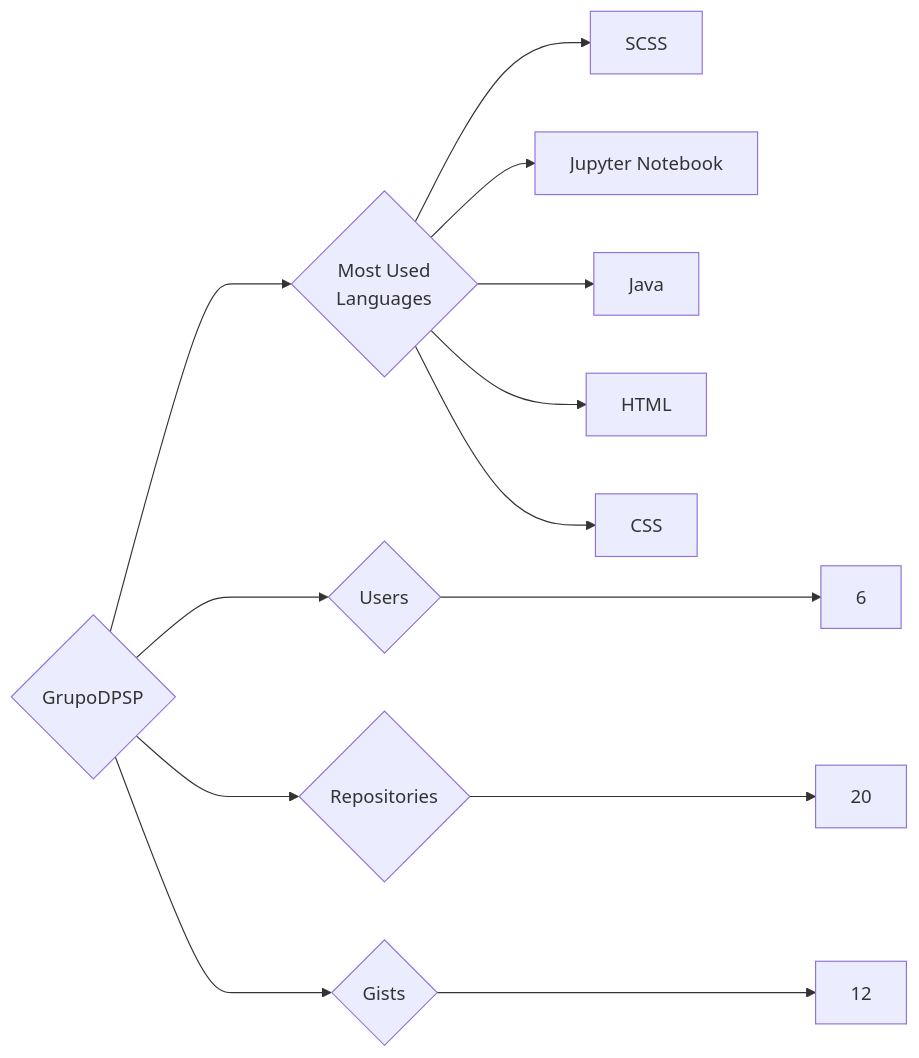
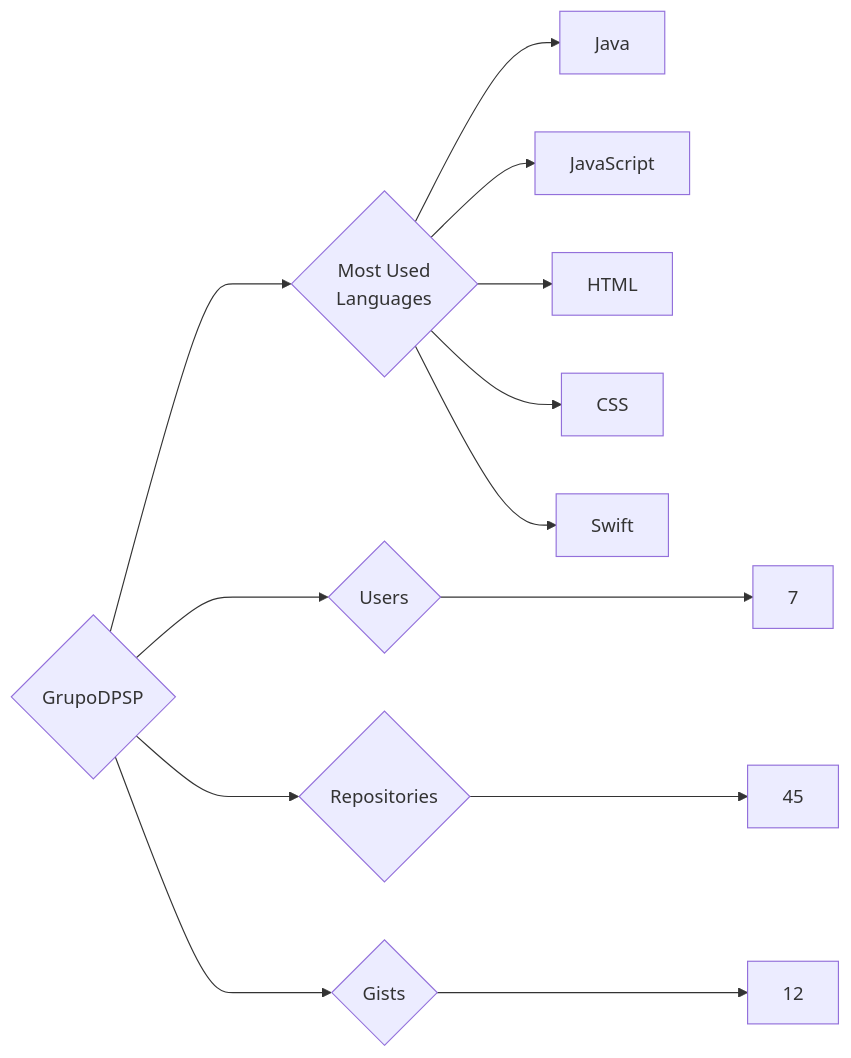
The diagram in targets/GrupoDPSP/README.md (trickest/insiders), drawn with Mermaid before and after one commit. The commit also changed 724 other files, not shown here.

````diff
--- a/targets/GrupoDPSP/README.md
+++ b/targets/GrupoDPSP/README.md
@@ -3,13 +3,13 @@
 ```mermaid
 graph LR
 COMPANY_NAME{GrupoDPSP}
-COMPANY_NAME ---> U{Users} ---> UN[6]
-COMPANY_NAME ---> R{Repositories} ---> RN[20]
+COMPANY_NAME ---> U{Users} ---> UN[7]
+COMPANY_NAME ---> R{Repositories} ---> RN[45]
 COMPANY_NAME ---> G{Gists} ---> GN[12]
 COMPANY_NAME ---> ML{Most Used<br>Languages}
-ML --> SCSS[SCSS]
-ML --> Jupyter_Notebook[Jupyter Notebook]
 ML --> Java[Java]
+ML --> JavaScript[JavaScript]
 ML --> HTML[HTML]
 ML --> CSS[CSS]
+ML --> Swift[Swift]
 ```
````
